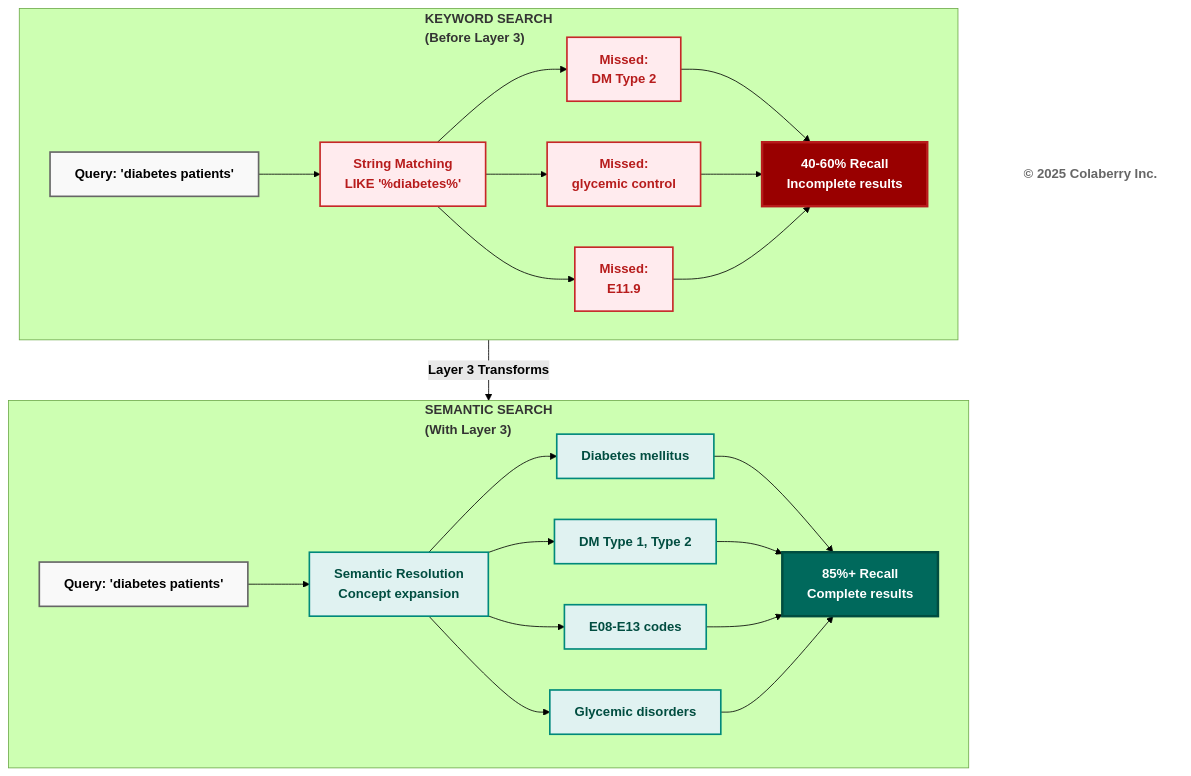
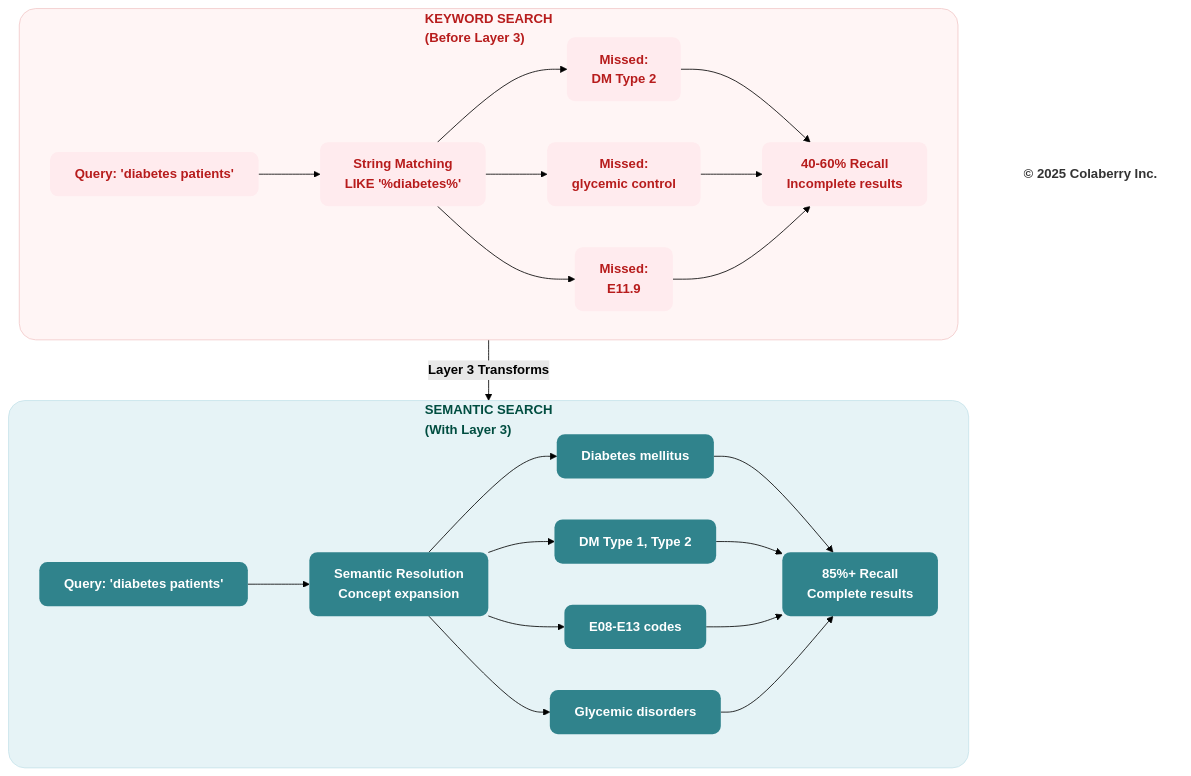
Before and after one commit to saitejesh-cyber/trust-before-intelligence-book: the sixth of 13 diagrams in manuscript/06_chapter_5_intelligence_layers.md, drawn with Mermaid (forest theme). The commit also changed other lines of this file and 7 other files, not shown here.

Commit message:
Chapter 6to13: Updated mermaid diagrams based on new colaberry color code

````diff
--- a/manuscript/06_chapter_5_intelligence_layers.md
+++ b/manuscript/06_chapter_5_intelligence_layers.md
@@ -424,46 +429,48 @@
 ```mermaid
 graph TB
     subgraph KEYWORD["<b>KEYWORD SEARCH<br/> (Before Layer 3)</b>"]
         direction LR
         K_Q["<b>Query: 'diabetes patients'</b>"] --> K_MATCH["<b>String Matching</b><br/><b>LIKE '%diabetes%'</b>"]
         K_MATCH --> K_MISS1["<b>Missed:<br/> DM Type 2</b>"]
         K_MATCH --> K_MISS2["<b>Missed:<br/> glycemic control</b>"]
         K_MATCH --> K_MISS3["<b>Missed:<br/> E11.9</b>"]
         K_MISS1 --> K_RESULT["<b>40-60% Recall</b><br/><b>Incomplete results</b>"]
         K_MISS2 --> K_RESULT
         K_MISS3 --> K_RESULT
     end
     
     KEYWORD -->|<b>Layer 3 Transforms</b>| SEMANTIC
     
     subgraph SEMANTIC["<b>SEMANTIC SEARCH<br/>(With Layer 3)</b>"]
         direction LR
         S_Q["<b>Query: 'diabetes patients'</b>"] --> S_RESOLVE["<b>Semantic Resolution</b><br/><b>Concept expansion</b>"]
         S_RESOLVE --> S_HIT1["<b>Diabetes mellitus</b>"]
         S_RESOLVE --> S_HIT2["<b>DM Type 1, Type 2</b>"]
         S_RESOLVE --> S_HIT3["<b>E08-E13 codes</b>"]
         S_RESOLVE --> S_HIT4["<b>Glycemic disorders</b>"]
         S_HIT1 --> S_RESULT["<b>85%+ Recall</b><br/><b>Complete results</b>"]
         S_HIT2 --> S_RESULT
         S_HIT3 --> S_RESULT
         S_HIT4 --> S_RESULT
     end
     
     Copyright["<b>© 2025 Colaberry Inc.</b>"]
     
-    style K_Q fill:#f9f9f9,stroke:#666666,stroke-width:2px,color:#000000
-    style K_MATCH fill:#ffebee,stroke:#c62828,stroke-width:2px,color:#b71c1c
-    style K_MISS1 fill:#ffebee,stroke:#c62828,stroke-width:2px,color:#b71c1c
-    style K_MISS2 fill:#ffebee,stroke:#c62828,stroke-width:2px,color:#b71c1c
-    style K_MISS3 fill:#ffebee,stroke:#c62828,stroke-width:2px,color:#b71c1c
-    style K_RESULT fill:#990000,color:#ffffff,stroke:#b71c1c,stroke-width:3px
+    style K_Q fill:#ffebee,stroke:none,color:#b71c1c,rx:10,ry:10
+    style K_MATCH fill:#ffebee,stroke:none,color:#b71c1c,rx:10,ry:10
+    style K_MISS1 fill:#ffebee,stroke:none,color:#b71c1c,rx:10,ry:10
+    style K_MISS2 fill:#ffebee,stroke:none,color:#b71c1c,rx:10,ry:10
+    style K_MISS3 fill:#ffebee,stroke:none,color:#b71c1c,rx:10,ry:10
+    style K_RESULT fill:#ffebee,stroke:none,color:#b71c1c,rx:10,ry:10
     
-    style S_Q fill:#f9f9f9,stroke:#666666,stroke-width:2px,color:#000000
-    style S_RESOLVE fill:#e0f2f1,stroke:#00897b,stroke-width:2px,color:#004d40
-    style S_HIT1 fill:#e0f2f1,stroke:#00897b,stroke-width:2px,color:#004d40
-    style S_HIT2 fill:#e0f2f1,stroke:#00897b,stroke-width:2px,color:#004d40
-    style S_HIT3 fill:#e0f2f1,stroke:#00897b,stroke-width:2px,color:#004d40
-    style S_HIT4 fill:#e0f2f1,stroke:#00897b,stroke-width:2px,color:#004d40
-    style S_RESULT fill:#00695c,color:#ffffff,stroke:#004d40,stroke-width:3px
-    style Copyright fill:#ffffff,stroke:none,color:#666666
+    style S_Q fill:#30838C,stroke:none,color:#ffffff,rx:10,ry:10
+    style S_RESOLVE fill:#30838C,stroke:none,color:#ffffff,rx:10,ry:10
+    style S_HIT1 fill:#30838C,stroke:none,color:#ffffff,rx:10,ry:10
+    style S_HIT2 fill:#30838C,stroke:none,color:#ffffff,rx:10,ry:10
+    style S_HIT3 fill:#30838C,stroke:none,color:#ffffff,rx:10,ry:10
+    style S_HIT4 fill:#30838C,stroke:none,color:#ffffff,rx:10,ry:10
+    style S_RESULT fill:#30838C,stroke:none,color:#ffffff,rx:10,ry:10
+    style Copyright fill:none,stroke:none,color:#333333
+    style KEYWORD fill:#fff5f5,stroke:#f2caca,stroke-width:1px,color:#b71c1c,rx:20,ry:20
+    style SEMANTIC fill:#e6f3f6,stroke:#c7e3ea,stroke-width:1px,color:#004d40,rx:20,ry:20
 ```
````
